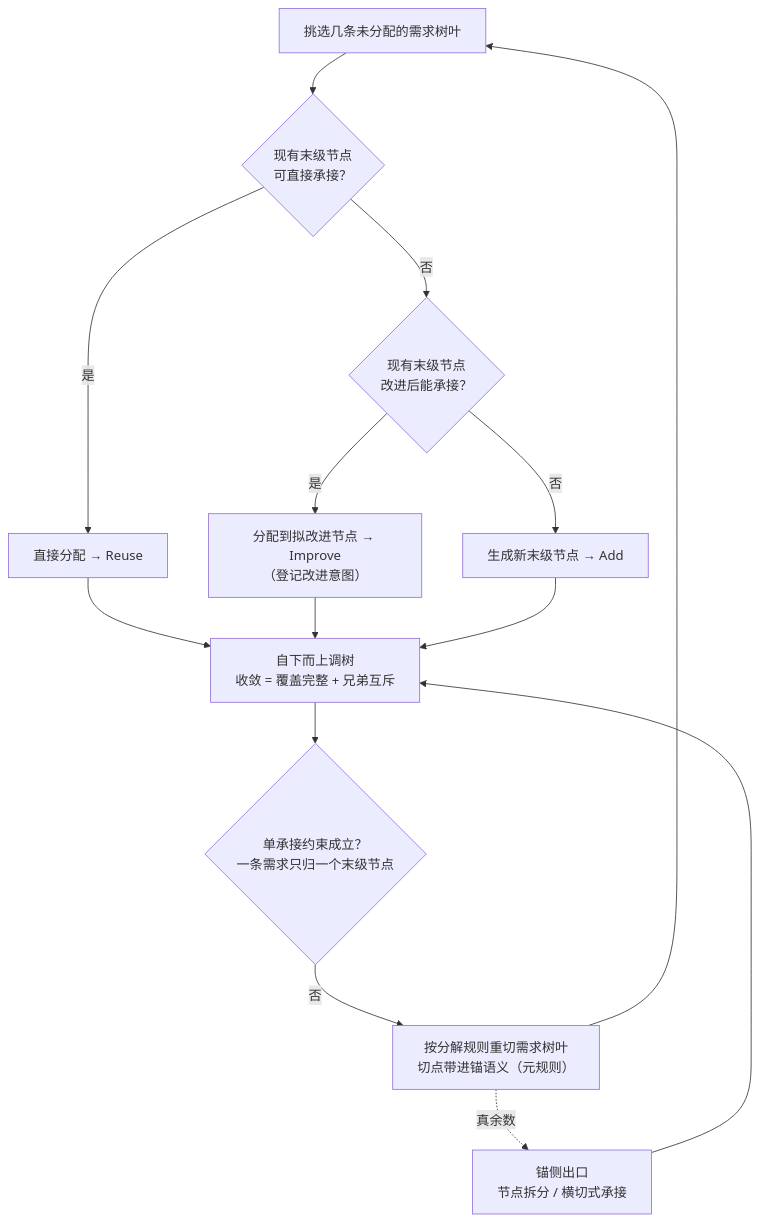
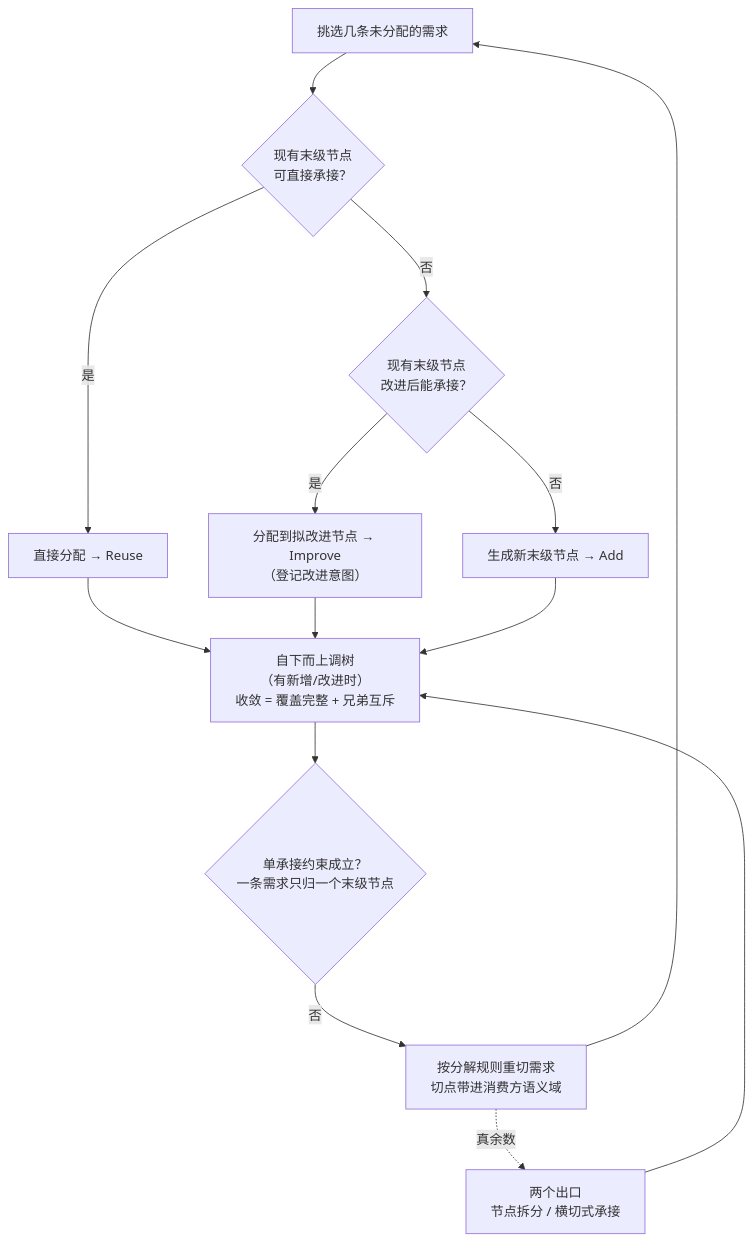
One commit to Yongjunzhou/AOS-system-design changed the second of 3 diagrams in 50-research/00-系统工程相关研究报告/20-由需求开发方案研究报告-需求方案对与两阶段设计算法.md. Above: the diagram before and after it, drawn with Mermaid. The commit also changed other lines of this file and 2 other files, not shown here.

````diff
--- a/50-research/00-系统工程相关研究报告/20-由需求开发方案研究报告-需求方案对与两阶段设计算法.md
+++ b/50-research/00-系统工程相关研究报告/20-由需求开发方案研究报告-需求方案对与两阶段设计算法.md
@@ -165,16 +165,16 @@
 ```mermaid
 flowchart TD
-    A["挑选几条未分配的需求树叶"] --> B{"现有末级节点<br/>可直接承接？"}
+    A["挑选几条未分配的需求"] --> B{"现有末级节点<br/>可直接承接？"}
     B -- 是 --> C["直接分配 → Reuse"]
     B -- 否 --> D{"现有末级节点<br/>改进后能承接？"}
     D -- 是 --> E["分配到拟改进节点 → Improve<br/>（登记改进意图）"]
     D -- 否 --> F["生成新末级节点 → Add"]
-    C --> G["自下而上调树<br/>收敛 = 覆盖完整 + 兄弟互斥"]
+    C --> G["自下而上调树<br/>（有新增/改进时）<br/>收敛 = 覆盖完整 + 兄弟互斥"]
     E --> G
     F --> G
     G --> H{"单承接约束成立？<br/>一条需求只归一个末级节点"}
-    H -- 否 --> I["按分解规则重切需求树叶<br/>切点带进锚语义（元规则）"]
+    H -- 否 --> I["按分解规则重切需求<br/>切点带进消费方语义域"]
     I --> A
-    I -.->|"真余数"| K["锚侧出口<br/>节点拆分 / 横切式承接"]
+    I -.->|"真余数"| K["两个出口<br/>节点拆分 / 横切式承接"]
     K --> G
 ```
````
